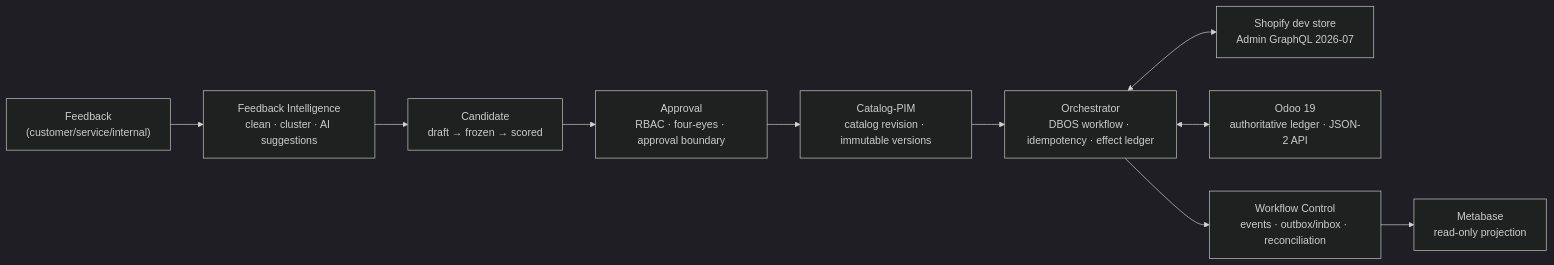
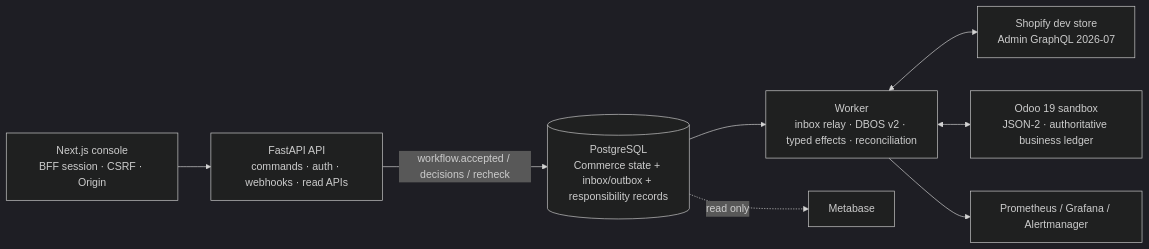
One commit to xiongweilin/commerce-orchestrator changed the diagram in README.md. Above: the diagram before and after it, drawn with Mermaid (dark theme). The commit also changed other lines of this file and 11 other files, not shown here.

````diff
--- a/README.md
+++ b/README.md
@@ -26,12 +60,10 @@
 ```mermaid
 flowchart LR
-    FB["Feedback<br/>(customer/service/internal)"] --> FI["Feedback Intelligence<br/>clean · cluster · AI suggestions"]
-    FI --> CA["Candidate<br/>draft → frozen → scored"]
-    CA --> AP["Approval<br/>RBAC · four-eyes · approval boundary"]
-    AP --> PIM["Catalog-PIM<br/>catalog revision · immutable versions"]
-    PIM --> OR["Orchestrator<br/>DBOS workflow · idempotency · effect ledger"]
-    OR <--> SH["Shopify dev store<br/>Admin GraphQL 2026-07"]
-    OR <--> OD["Odoo 19<br/>authoritative ledger · JSON-2 API"]
-    OR --> EV["Workflow Control<br/>events · outbox/inbox · reconciliation"]
-    EV --> MB["Metabase<br/>read-only projection"]
+    CON["Next.js console\nBFF session · CSRF · Origin"] --> API["FastAPI API\ncommands · auth · webhooks · read APIs"]
+    API -->|workflow.accepted / decisions / recheck| PG[("PostgreSQL\nCommerce state + inbox/outbox + responsibility records")]
+    PG --> WRK["Worker\ninbox relay · DBOS v2 · typed effects · reconciliation"]
+    WRK <--> SH["Shopify dev store\nAdmin GraphQL 2026-07"]
+    WRK <--> OD["Odoo 19 sandbox\nJSON-2 · authoritative business ledger"]
+    WRK --> OBS["Prometheus / Grafana / Alertmanager"]
+    PG -.read only.-> MB["Metabase"]
 ```
````
